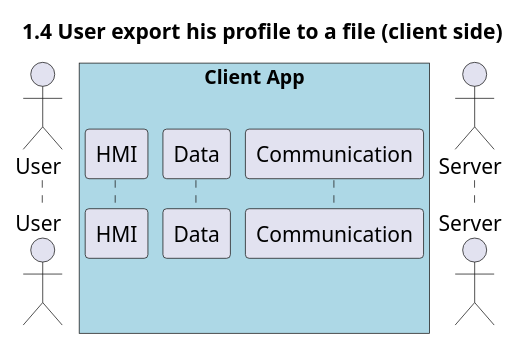
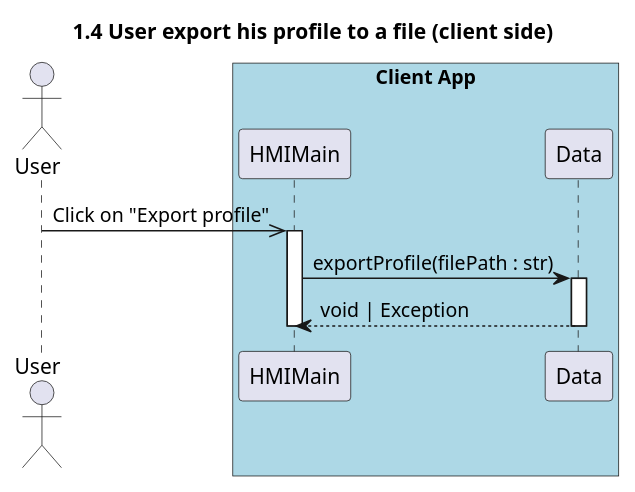
Before and after one commit to UTCAI12/Diagrams: the diagram in sequence/1.4.user_export_profile_client.puml, drawn with PlantUML.

Commit message:
Adding the sequence diagram corresponding to the use case "1.4 User export his profile to a file (client side)"

```diff
--- a/sequence/1.4.user_export_profile_client.puml
+++ b/sequence/1.4.user_export_profile_client.puml
@@ -1,12 +1,18 @@
 @startuml 1.4 User export his profile to a file (client side)
 title 1.4 User export his profile to a file (client side)
 
 actor "User" as user
+
 box "Client App" #LightBlue
-    participant "HMI" as hmi
+    participant "HMIMain" as hmi
     participant "Data" as data
-    participant "Communication" as com
 end box
-actor "Server" as server
+
+user ->> hmi++ : Click on "Export profile"
+
+hmi -> data++ : exportProfile(filePath : str)
+return void | Exception
+
+deactivate hmi
 
 @enduml
```
